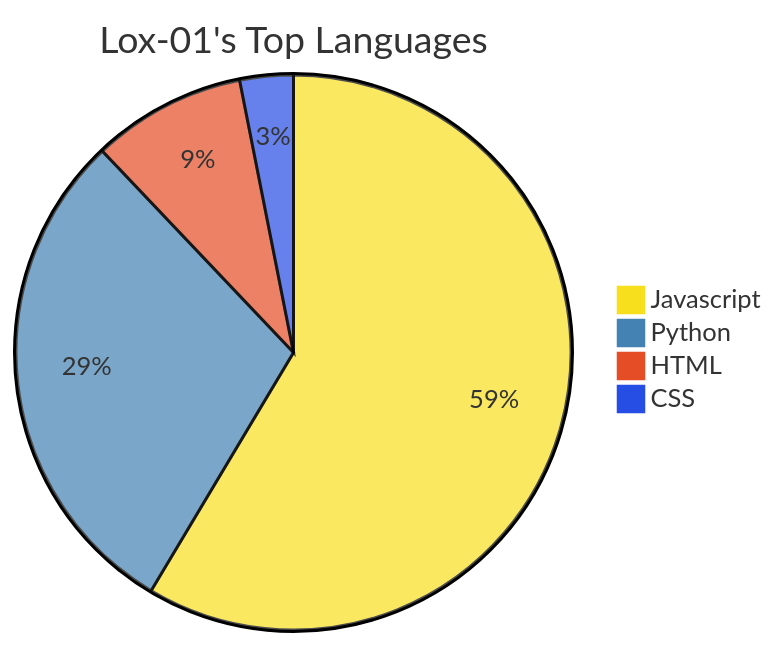
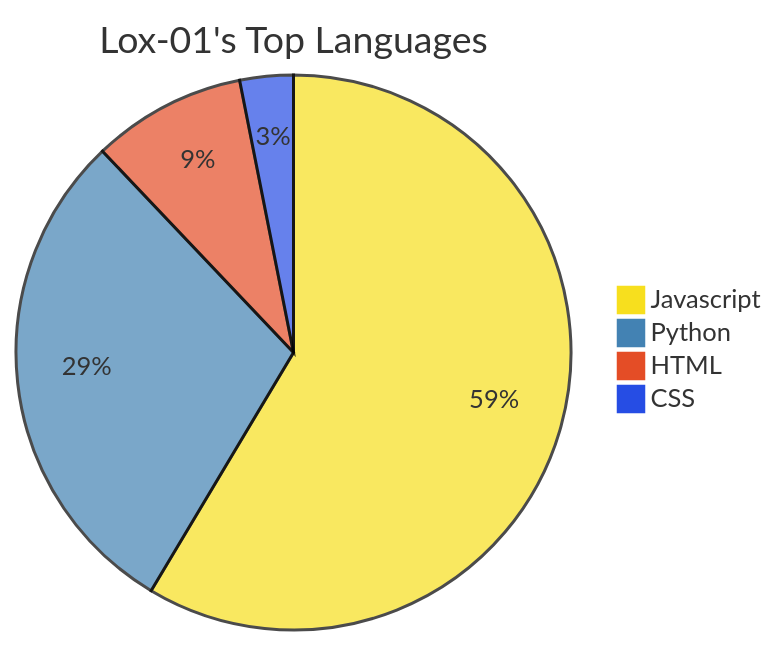
The diagram in README.md (Lox-01/Lox-01), drawn with Mermaid before and after one commit.

````diff
--- a/README.md
+++ b/README.md
@@ -13,9 +13,9 @@
 ```mermaid
-%%{init: {'theme': 'base', 'themeVariables': { 'pie1': '#f7df1e', 'pie2': '#4382b3', 'pie3': '#e44d26', 'pie4': '#264de4'}}}%%
+%%{init: {'theme': 'base', 'themeVariables': { "pieOuterStrokeWidth": "0px", 'pie1': '#f7df1e', 'pie2': '#4382b3', 'pie3': '#e44d26', 'pie4': '#264de4'}}}%%
 pie
     title Lox-01's Top Languages
     "Javascript" : 58.57
     "Python" : 29.34
     "HTML" : 8.97
     "CSS" : 3.11
 ```
````
